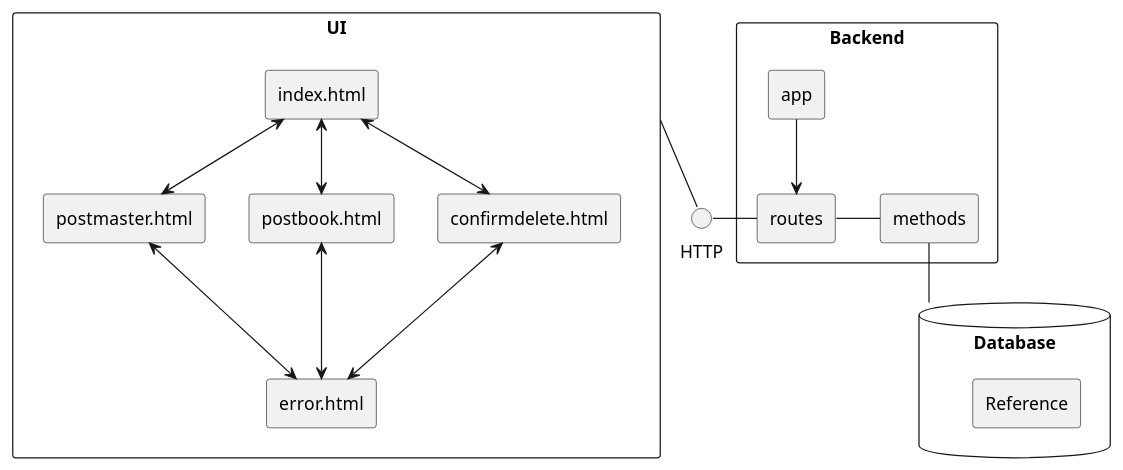
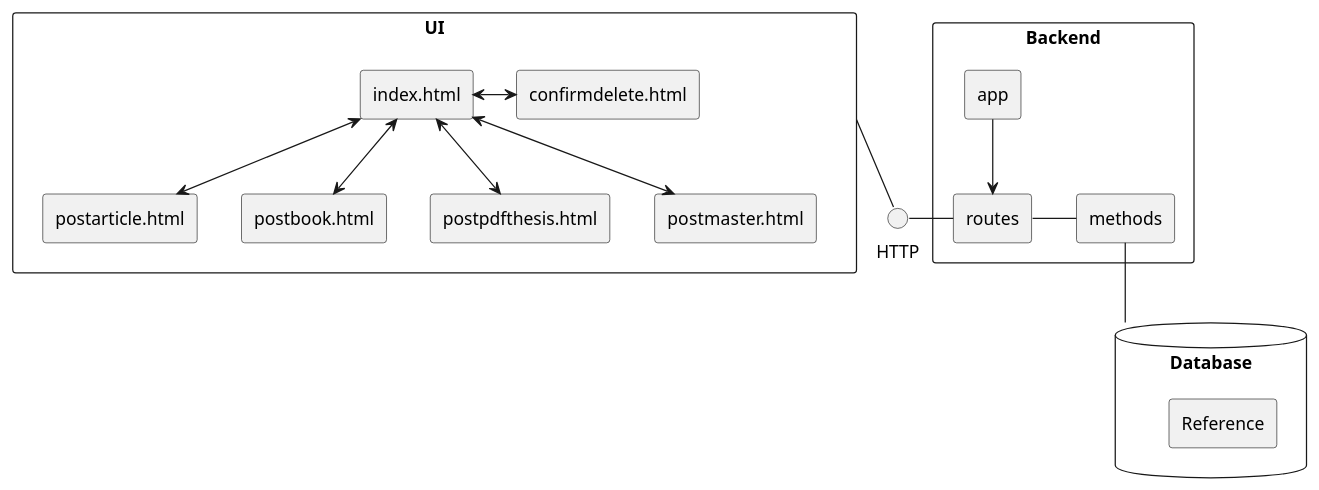
The diagram in doc/architecture.puml (thefakejj/miniprojekti), drawn with PlantUML before and after one commit. The commit also changed 1 other file, not shown here.

Commit message:
Updated UML diagrams

```diff
--- a/doc/architecture.puml
+++ b/doc/architecture.puml
@@ -1,39 +1,43 @@
 @startuml
 rectangle "UI" {  
-    rectangle "index.html"
-    rectangle "postmaster.html"
+    rectangle "index.html"    
+    rectangle "postarticle.html"    
     rectangle "postbook.html"
+    rectangle "postpdfthesis.html"
+    rectangle "postmaster.html"    
     rectangle "confirmdelete.html"
-    rectangle "error.html"
+    'rectangle "error.html"
 }
 
 rectangle "Backend" {
     rectangle "app"
     rectangle "routes"
     rectangle "methods"
 }
 
 database "Database" {
     rectangle "Reference"
 }
 
 interface HTTP
 
+index.html <--> postarticle.html
 index.html <--> postbook.html
+index.html <--> postpdfthesis.html
 index.html <--> postmaster.html
-index.html <--> confirmdelete.html
-postbook.html <--> error.html  
-postmaster.html <--> error.html
-confirmdelete.html <--> error.html
+index.html <-right-> confirmdelete.html
+'postbook.html <--> error.html  
+'postmaster.html <--> error.html
+'confirmdelete.html <--> error.html
 
 
 UI -- HTTP
 HTTP - routes
 
 
 app --> routes
 routes - methods
 methods -- Database
 
 
 @enduml
```
